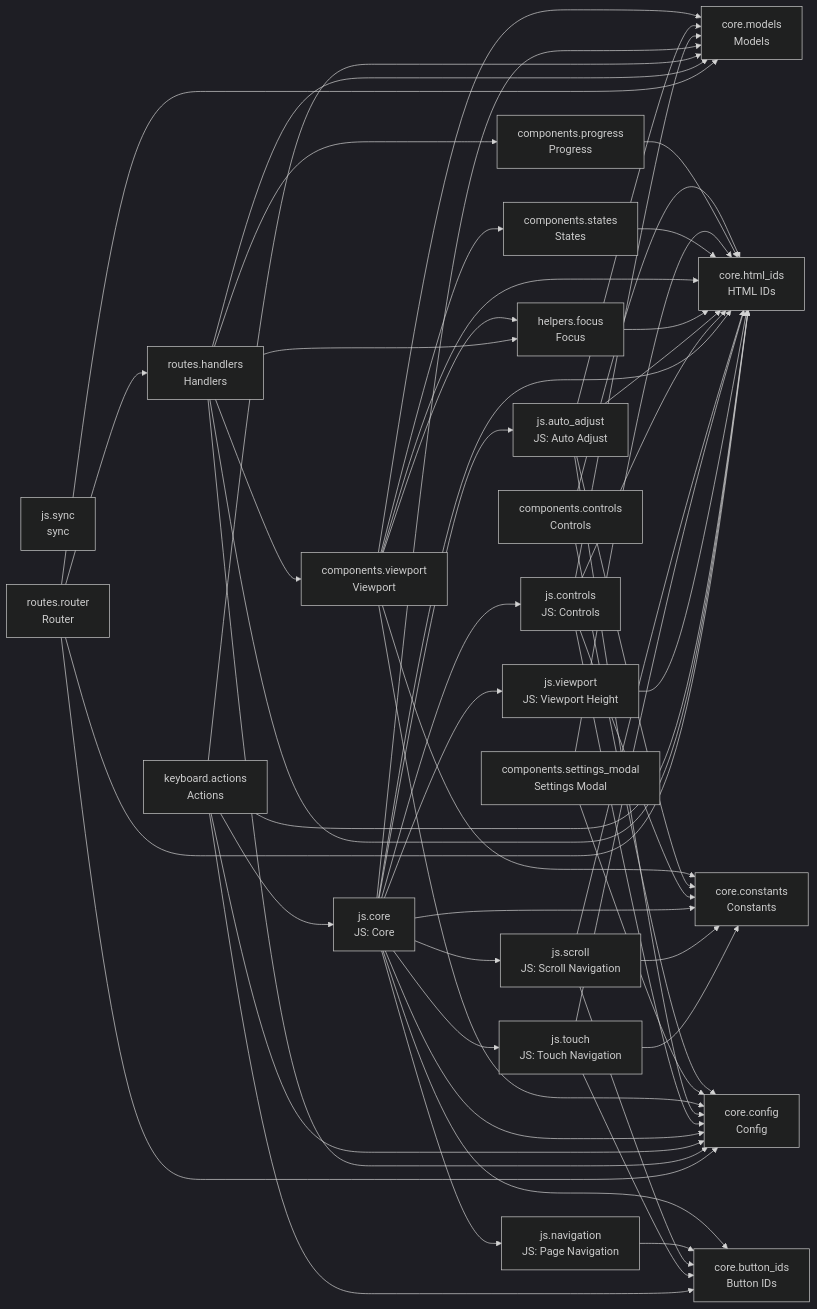
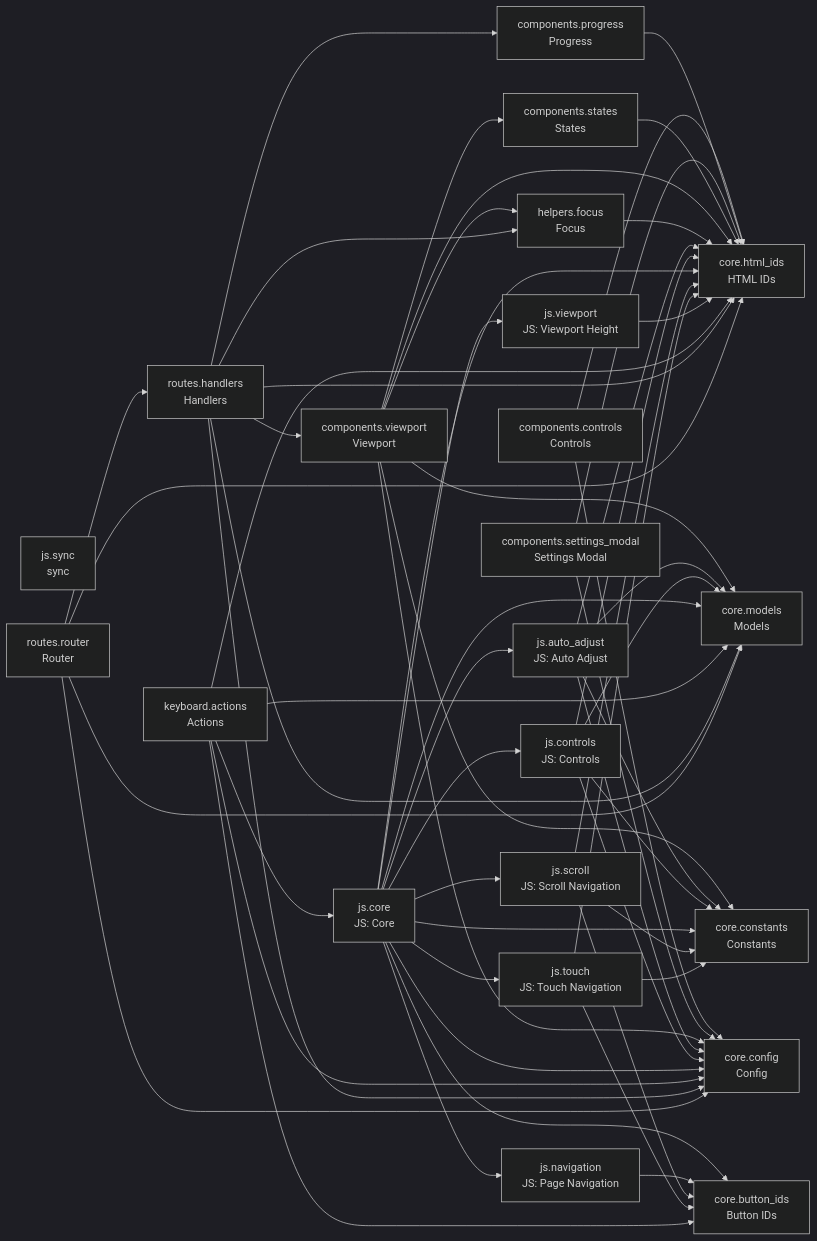
One commit to cj-mills/cjm-fasthtml-card-stack changed the diagram in README.md. Above: the diagram before and after it, drawn with Mermaid (dark theme). The commit also changed other lines of this file and 5 other files, not shown here.

Commit message:
Migrate APIRouter import to cjm_fasthtml_app_core.core.routing, lift python-fasthtml pin, and add cjm-fasthtml-tailwind>=0.0.44 floor pin for FastHTML 0.14 compatibility.

````diff
--- a/README.md
+++ b/README.md
@@ -48,81 +48,81 @@
 ``` mermaid
 graph LR
     components_controls[components.controls<br/>Controls]
     components_progress[components.progress<br/>Progress]
     components_settings_modal[components.settings_modal<br/>Settings Modal]
     components_states[components.states<br/>States]
     components_viewport[components.viewport<br/>Viewport]
     core_button_ids[core.button_ids<br/>Button IDs]
     core_config[core.config<br/>Config]
     core_constants[core.constants<br/>Constants]
     core_html_ids[core.html_ids<br/>HTML IDs]
     core_models[core.models<br/>Models]
     helpers_focus[helpers.focus<br/>Focus]
     js_auto_adjust[js.auto_adjust<br/>JS: Auto Adjust]
     js_controls[js.controls<br/>JS: Controls]
     js_core[js.core<br/>JS: Core]
     js_navigation[js.navigation<br/>JS: Page Navigation]
     js_scroll[js.scroll<br/>JS: Scroll Navigation]
     js_sync[js.sync<br/>sync]
     js_touch[js.touch<br/>JS: Touch Navigation]
     js_viewport[js.viewport<br/>JS: Viewport Height]
     keyboard_actions[keyboard.actions<br/>Actions]
     routes_handlers[routes.handlers<br/>Handlers]
     routes_router[routes.router<br/>Router]
 
     components_controls --> core_config
     components_controls --> core_html_ids
     components_progress --> core_html_ids
     components_settings_modal --> core_config
     components_settings_modal --> core_html_ids
     components_states --> core_html_ids
+    components_viewport --> helpers_focus
     components_viewport --> core_models
     components_viewport --> core_constants
-    components_viewport --> helpers_focus
     components_viewport --> core_config
     components_viewport --> core_html_ids
     components_viewport --> components_states
     helpers_focus --> core_html_ids
+    js_auto_adjust --> core_config
     js_auto_adjust --> core_constants
+    js_auto_adjust --> core_html_ids
     js_auto_adjust --> core_models
-    js_auto_adjust --> core_html_ids
-    js_auto_adjust --> core_config
+    js_controls --> core_config
     js_controls --> core_constants
+    js_controls --> core_html_ids
     js_controls --> core_models
-    js_controls --> core_html_ids
-    js_controls --> core_config
+    js_core --> js_navigation
+    js_core --> core_models
+    js_core --> core_constants
+    js_core --> js_viewport
     js_core --> js_controls
-    js_core --> core_models
-    js_core --> js_navigation
+    js_core --> core_config
+    js_core --> js_scroll
     js_core --> js_auto_adjust
-    js_core --> core_constants
-    js_core --> core_config
-    js_core --> core_button_ids
-    js_core --> js_scroll
-    js_core --> js_viewport
     js_core --> core_html_ids
     js_core --> js_touch
+    js_core --> core_button_ids
     js_navigation --> core_button_ids
+    js_scroll --> core_constants
+    js_scroll --> core_button_ids
     js_scroll --> core_html_ids
-    js_scroll --> core_button_ids
-    js_scroll --> core_constants
     js_touch --> core_constants
     js_touch --> core_button_ids
     js_touch --> core_html_ids
     js_viewport --> core_html_ids
-    keyboard_actions --> js_core
     keyboard_actions --> core_models
     keyboard_actions --> core_config
+    keyboard_actions --> core_html_ids
     keyboard_actions --> core_button_ids
-    keyboard_actions --> core_html_ids
+    keyboard_actions --> js_core
+    routes_handlers --> components_viewport
     routes_handlers --> core_models
+    routes_handlers --> core_config
     routes_handlers --> components_progress
-    routes_handlers --> components_viewport
-    routes_handlers --> core_config
+    routes_handlers --> core_html_ids
     routes_handlers --> helpers_focus
-    routes_handlers --> core_html_ids
     routes_router --> routes_handlers
     routes_router --> core_models
     routes_router --> core_config
     routes_router --> core_html_ids
 ```
````
